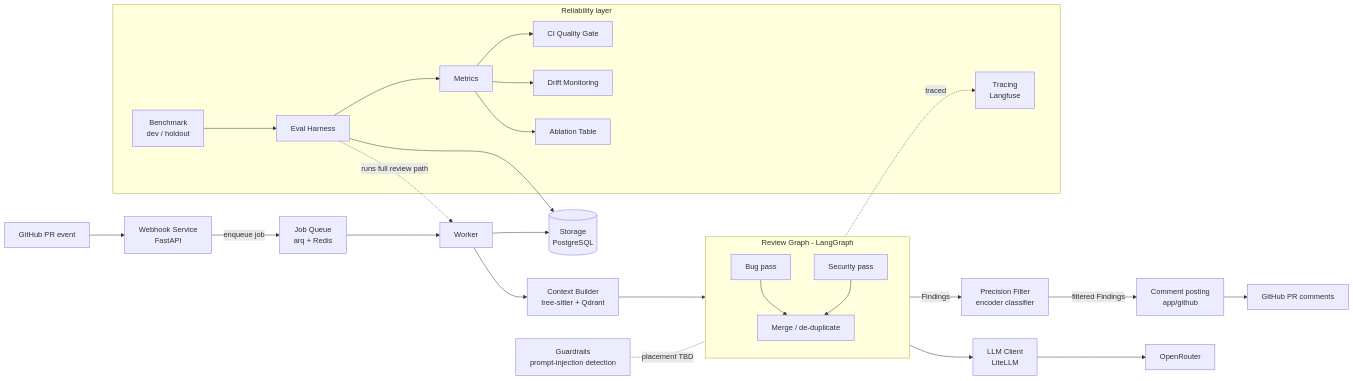
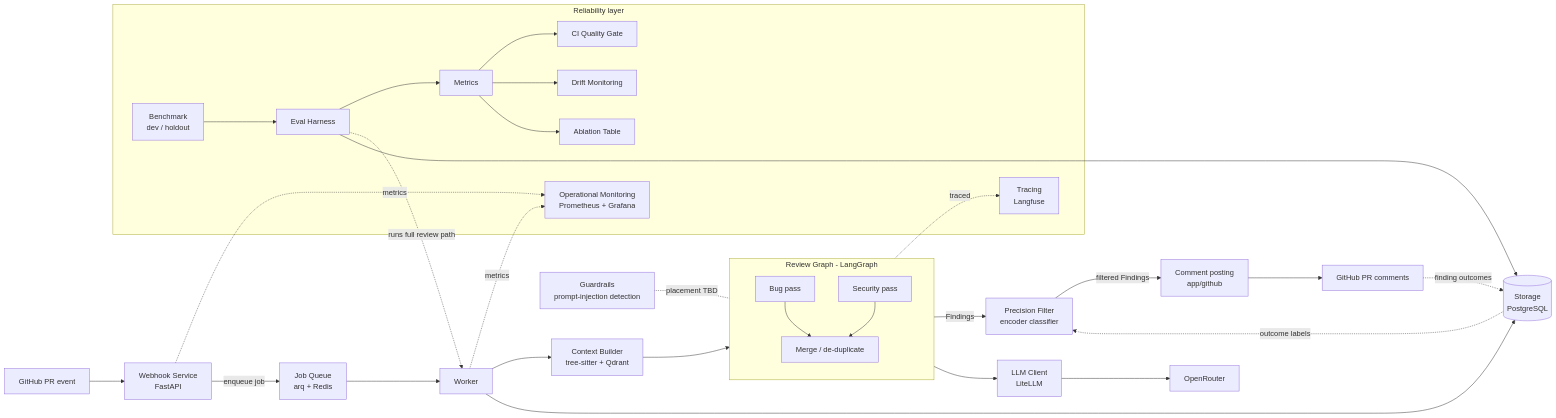
The diagram in docs/vault/02 Architecture/Architecture Overview.md (Daksha1611/Themis), drawn with Mermaid before and after one commit. The commit also changed other lines of this file and 22 other files, not shown here.

Commit message:
Adopt OWASP taxonomy, operational metrics, and outcome labels (ADR-009 to ADR-011)

````diff
--- a/docs/vault/02 Architecture/Architecture Overview.md
+++ b/docs/vault/02 Architecture/Architecture Overview.md
@@ -23,31 +24,36 @@
 ```mermaid
 flowchart LR
     GH[GitHub PR event] --> WH[Webhook Service<br/>FastAPI]
     WH -->|enqueue job| Q[Job Queue<br/>arq + Redis]
     Q --> W[Worker]
     W --> CB[Context Builder<br/>tree-sitter + Qdrant]
     CB --> RG
     subgraph RG[Review Graph - LangGraph]
         BP[Bug pass] --> M[Merge / de-duplicate]
         SP[Security pass] --> M
     end
     RG -->|Findings| PF[Precision Filter<br/>encoder classifier]
     PF -->|filtered Findings| POST[Comment posting<br/>app/github]
     POST --> GH2[GitHub PR comments]
     RG --> LLM[LLM Client<br/>LiteLLM]
     LLM --> OR[OpenRouter]
     GR[Guardrails<br/>prompt-injection detection] -.placement TBD.- RG
     W --> DB[(Storage<br/>PostgreSQL)]
+    GH2 -.finding outcomes.-> DB
+    DB -.outcome labels.-> PF
 
     subgraph REL[Reliability layer]
         T[Tracing<br/>Langfuse]
+        OM[Operational Monitoring<br/>Prometheus + Grafana]
         B[Benchmark<br/>dev / holdout] --> EH[Eval Harness]
         EH --> MET[Metrics]
         MET --> CI[CI Quality Gate]
         MET --> DM[Drift Monitoring]
         MET --> AB[Ablation Table]
     end
     RG -.traced.-> T
+    WH -.metrics.-> OM
+    W -.metrics.-> OM
     EH -.runs full review path.-> W
     EH --> DB
 ```
````
